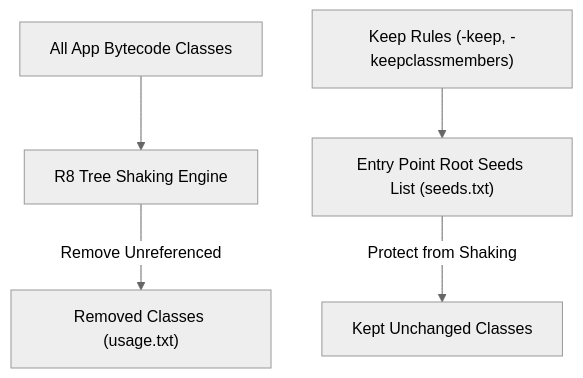
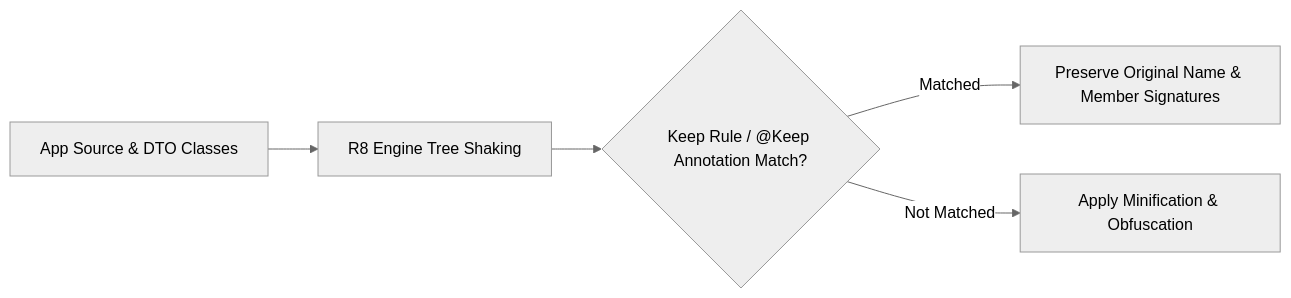
Before and after one commit to youngmin-gwon/what-i-studied: the diagram in 01_inbox/mobile/android/03_packaging_deployment/optimization/build-optimization-contracts/keep-rules-are-optimization-boundaries.md, drawn with Mermaid (neutral theme). The commit also changed other lines of this file and 134 other files, not shown here.

````diff
--- a/01_inbox/mobile/android/03_packaging_deployment/optimization/build-optimization-contracts/keep-rules-are-optimization-boundaries.md
+++ b/01_inbox/mobile/android/03_packaging_deployment/optimization/build-optimization-contracts/keep-rules-are-optimization-boundaries.md
@@ -18,7 +27,7 @@
 ```mermaid
-flowchart TD
-    Classes["All App Bytecode Classes"] --> TreeShaking["R8 Tree Shaking Engine"]
-    KeepRules["Keep Rules (-keep, -keepclassmembers)"] --> Seeds["Entry Point Root Seeds List (seeds.txt)"]
-    Seeds -->|Protect from Shaking| Protected["Kept Unchanged Classes"]
-    TreeShaking -->|Remove Unreferenced| DeadCode["Removed Classes (usage.txt)"]
+flowchart LR
+    SourceCode["App Source & DTO Classes"] --> R8Engine["R8 Engine Tree Shaking"]
+    R8Engine --> CheckKeep{"Keep Rule / @Keep Annotation Match?"}
+    CheckKeep -->|Matched| Preserve["Preserve Original Name & Member Signatures"]
+    CheckKeep -->|Not Matched| ObfuscateShrink["Apply Minification & Obfuscation"]
 ```
````
